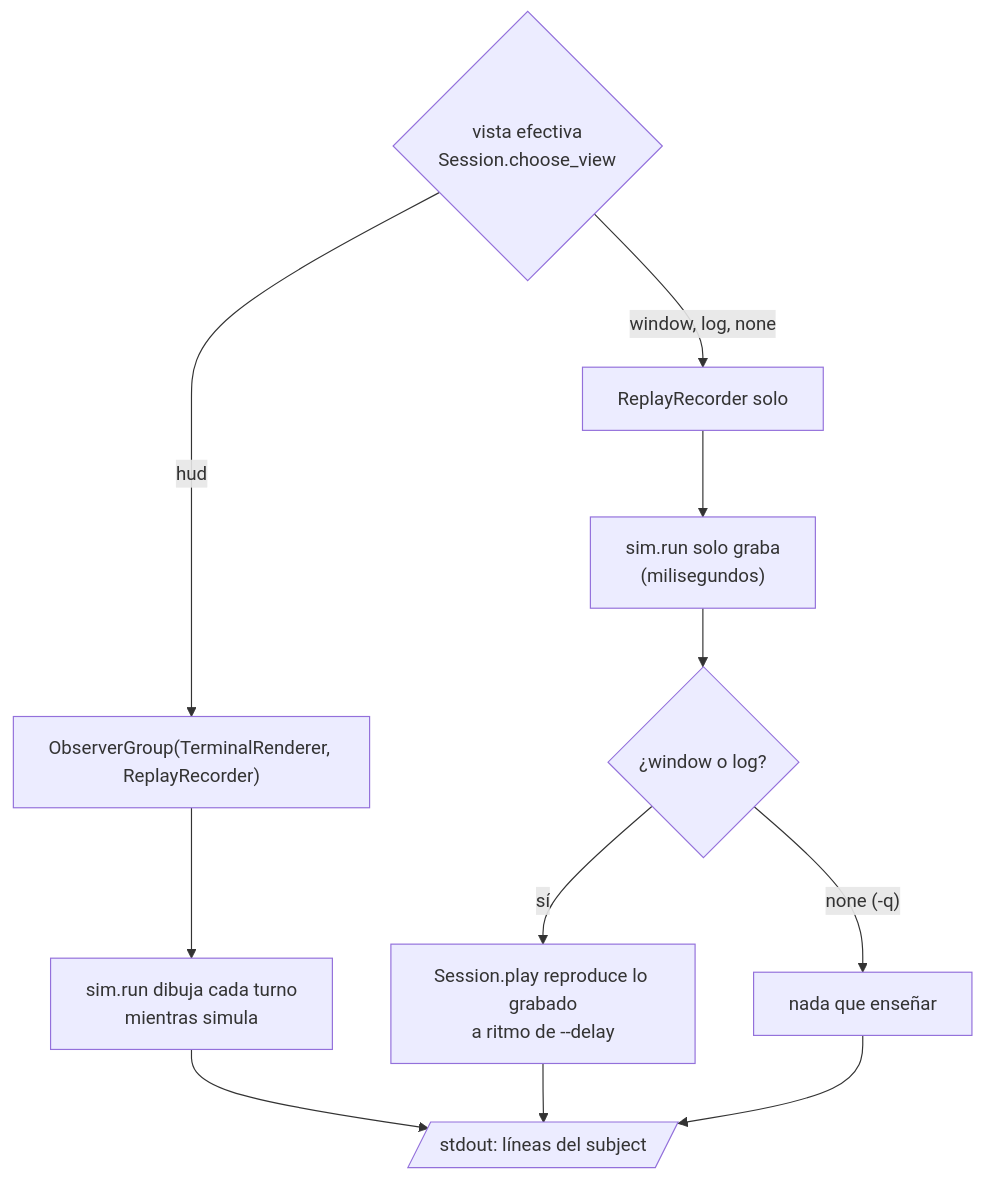
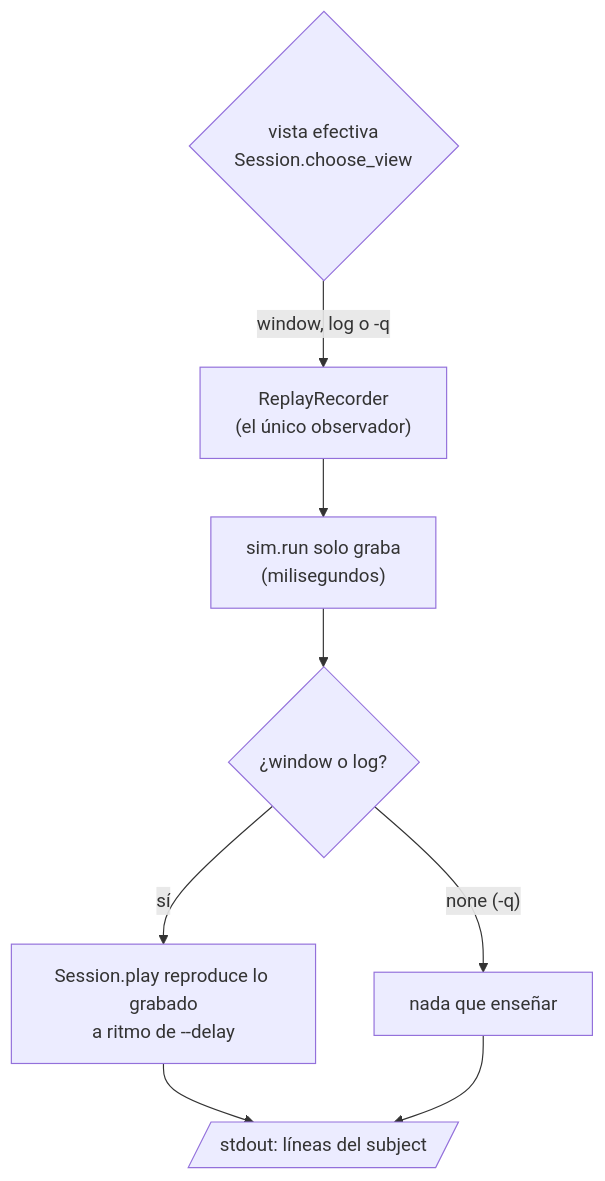
One commit to 0xARCOS/Fly-In changed diagram 11 of 52 in docs/07-diagramas.md. Above: the diagram before and after it, drawn with Mermaid. The commit also changed other lines of this file and 33 other files, not shown here.

````diff
--- a/docs/07-diagramas.md
+++ b/docs/07-diagramas.md
@@ -542,13 +524,10 @@
 ```mermaid
 flowchart TD
-    V{"vista efectiva<br/>Session.choose_view"} -->|"hud"| G["ObserverGroup(TerminalRenderer, ReplayRecorder)"]
-    V -->|"window, log, none"| RR["ReplayRecorder solo"]
-    G --> RUN1["sim.run dibuja cada turno<br/>mientras simula"]
+    V{"vista efectiva<br/>Session.choose_view"} -->|"window, log o -q"| RR["ReplayRecorder<br/>(el único observador)"]
     RR --> RUN2["sim.run solo graba<br/>(milisegundos)"]
     RUN2 --> PLAY{"¿window o log?"}
     PLAY -->|"sí"| SES["Session.play reproduce lo grabado<br/>a ritmo de --delay"]
     PLAY -->|"none (-q)"| NOW["nada que enseñar"]
-    RUN1 --> OUT[/"stdout: líneas del subject"/]
-    SES --> OUT
+    SES --> OUT[/"stdout: líneas del subject"/]
     NOW --> OUT
 ```
````
